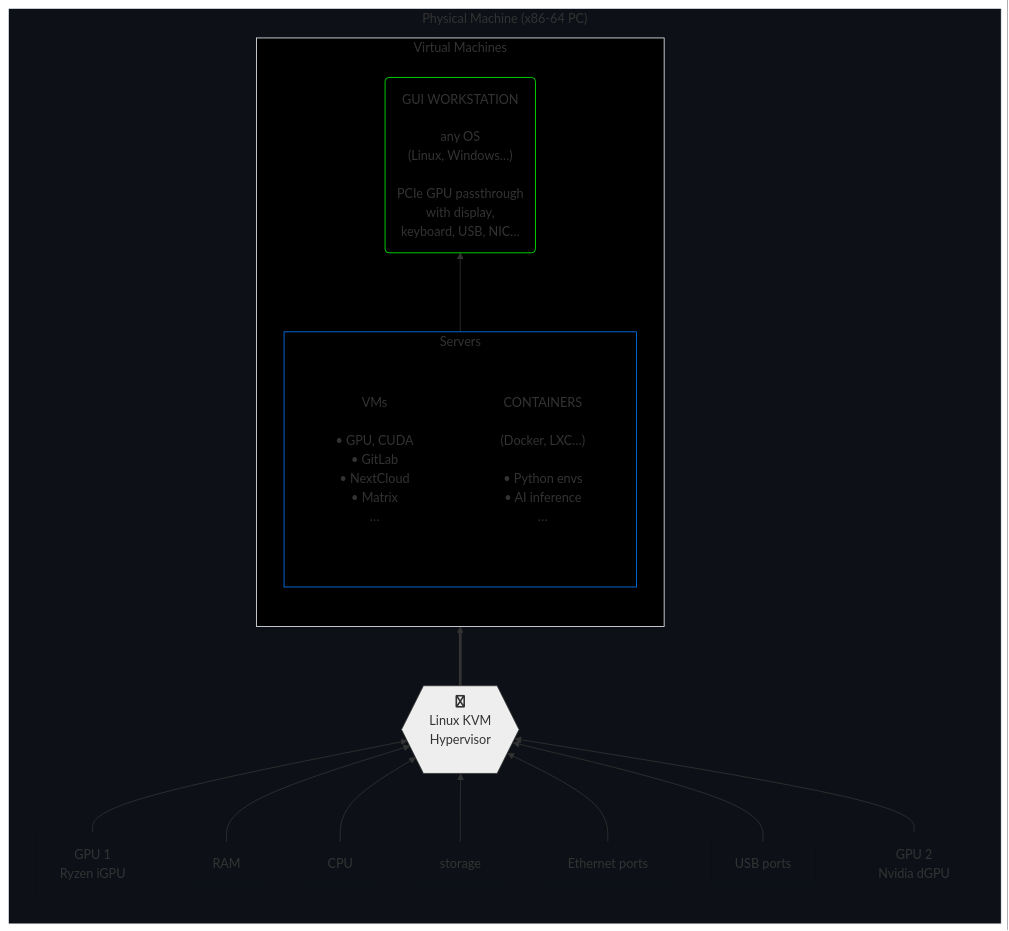
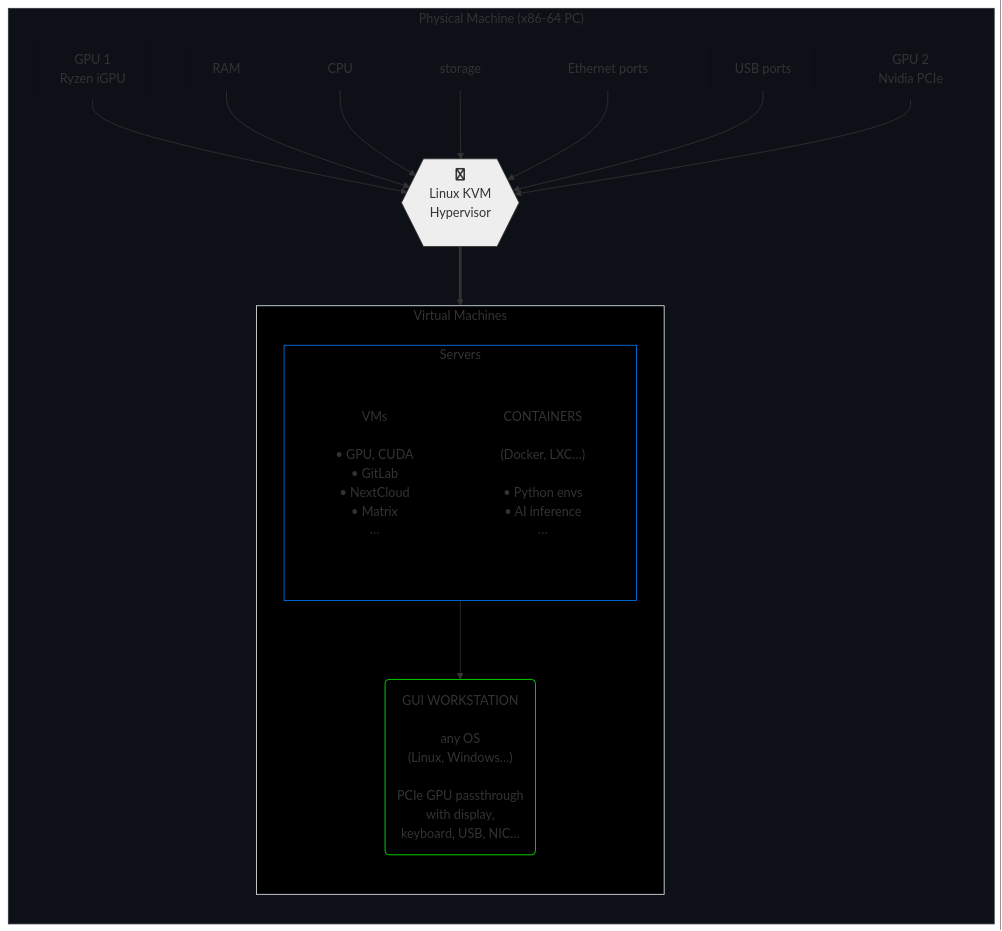
The diagram in README.md (agenkit/GHost), drawn with Mermaid before and after one commit. The commit also changed other lines of this file, not shown here.

````diff
--- a/README.md
+++ b/README.md
@@ -21,56 +21,56 @@
 ```mermaid
-graph BT
+graph TB
 
    subgraph p["Physical Machine (x86-64 PC)"]
-      direction BT
+      direction TB
 
       pgpu1["GPU 1<br>Ryzen iGPU"] --> h
       pmem["RAM<br>"] --> h
       pcpu["CPU<br>"] --> h
       pstor["storage<br>"] --> h
       pnet["Ethernet ports"] --> h
       pusb["USB ports"] --> h
-      pgpu2["GPU 2<br>Nvidia dGPU"] --> h
+      pgpu2["GPU 2<br>Nvidia PCIe"] --> h
       h{{fa:fa-linux<br>Linux KVM<br>Hypervisor<br><br>}}
 
       h ==> v
 
       subgraph v["Virtual Machines"]
-         direction BT
+         direction TB
 
          g("GUI WORKSTATION<br><br>any OS<br>(Linux, Windows…)<br><br>PCIe GPU passthrough<br>with display,<br>keyboard, USB, NIC…")
 
          subgraph s["Servers"]
-            direction BT
+            direction TB
             vsrv["VMs<br><br>• GPU, CUDA<br>• GitLab<br>• NextCloud<br>• Matrix<br>…"]
             cont["CONTAINERS<br><br>(Docker, LXC…)<br><br>• Python envs<br>• AI inference<br>…"]
          end
 
          s --> g
 
       end
    end
 
 p:::main
 v:::wht
 h:::lit
 pgpu1:::tr1
 pmem:::tr1
 pcpu:::tr1
 pstor:::tr1
 pnet:::tr1
 pusb:::tr1
 pgpu2:::tr1
 s:::blu
 g:::grn
 vsrv:::tr2
 cont:::tr2
-classDef main fill:#0d1117,stroke:#f0f6fc
+classDef main fill:#0d1117,stroke:#30363c
 classDef tr1 fill:#0d1117,stroke:#0d1117
 classDef tr2 fill:#000,stroke:#000
 classDef wht fill:#000,stroke:#f0f6fc
 classDef red fill:#000,stroke:#f00
 classDef blu fill:#000,stroke:#007FFF
 classDef lit fill:#eee,stroke:#333,color:#333
 classDef grn fill:#000,stroke:#0f0
 ```
````
